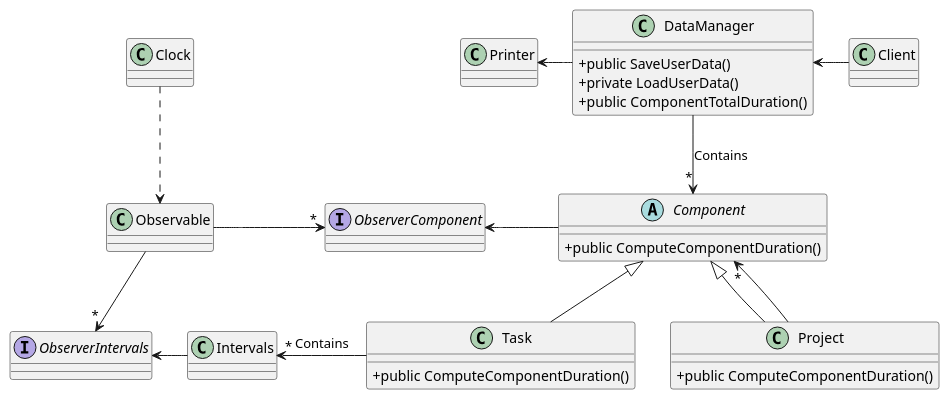
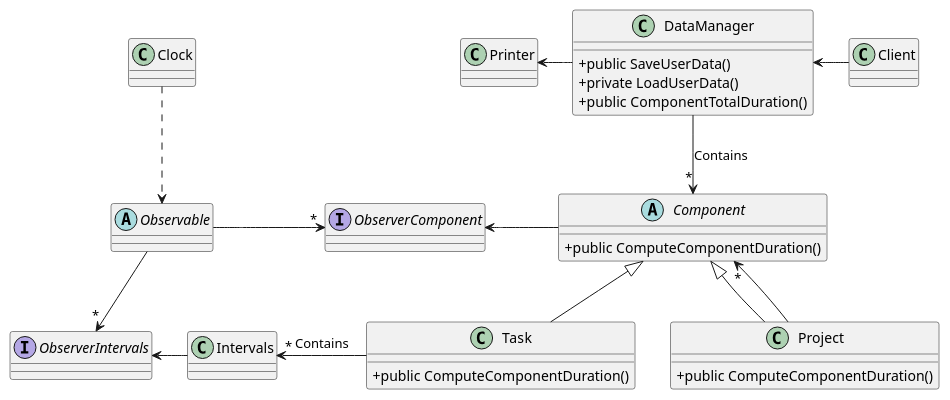
Before and after one commit to quimcamprubi/DS_Time_Tracker: the diagram in DSTimeTracker.puml, drawn with PlantUML.

Commit message:
changed Obversable class type to abstract

```diff
--- a/DSTimeTracker.puml
+++ b/DSTimeTracker.puml
@@ -1,58 +1,58 @@
 @startuml 
 
 skinparam classAttributeIconSize 0
 skinparam linetype polyline
 
 abstract class Component {
 +public ComputeComponentDuration()
 }
 
 class Project extends Component {
 +public ComputeComponentDuration()
 }
 
 
 class Task extends Component {
 +public ComputeComponentDuration()
 }
 
 class Intervals {
 }
 
 Interface ObserverIntervals{
 }
 
-class Observable {
+abstract class Observable {
 }
 
 class Clock {
 }
 
 class Client{
 }
 
 class DataManager{  
 +public SaveUserData()  
 +private LoadUserData()
 +public ComponentTotalDuration()
 }
 
 Interface ObserverComponent{
 }
 
 Class Printer{
 }
 
 DataManager -down-> "*" Component: Contains
 Project --> "*" Component
 Client -left-> DataManager
 Task -left-> "*" Intervals:Contains
 Clock .down.> Observable
 Observable -Down-> "*" ObserverIntervals
 Intervals -left-> ObserverIntervals
 Component -left-> ObserverComponent
 Observable -right-> "*" ObserverComponent
 DataManager -left-> Printer
 Task -[hidden]right-> Project
 
 @enduml
```
